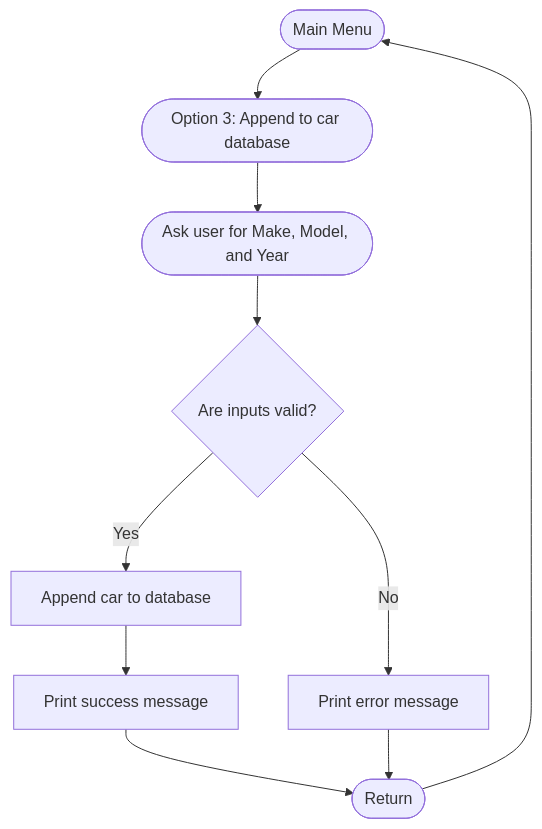
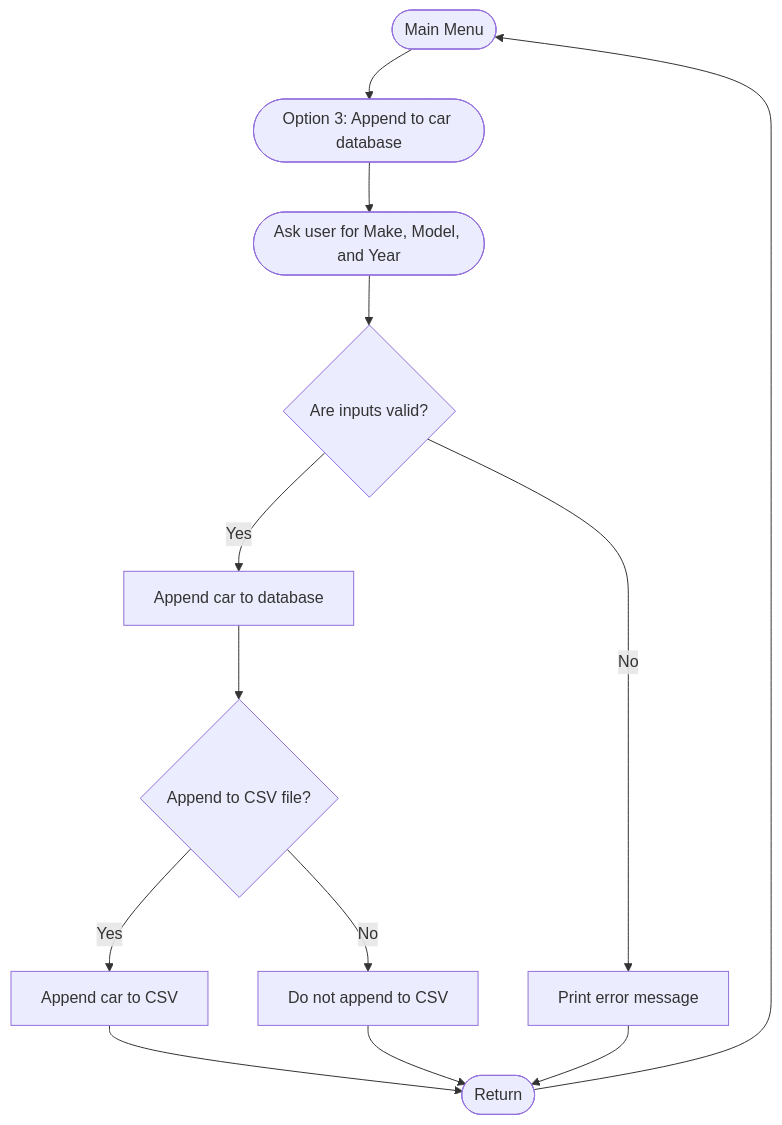
The fourth of 13 diagrams in README.md (Mostofa-Abedin/ShekhMostofaAbedin_T1A3), drawn with Mermaid before and after one commit. The commit also changed other lines of this file and 1 other file, not shown here.

````diff
--- a/README.md
+++ b/README.md
@@ -167,21 +169,27 @@
- ```mermaid
+```mermaid
 graph TD
   A(["Main Menu"])
   B(["Option 3: Append to car database"])
   C(["Ask user for Make, Model, and Year"])
   D{"Are inputs valid?"}
   E["Append car to database"]
-  F["Print success message"]
-  G["Print error message"]
-  H(["Return"])
+  F{"Append to CSV file?"}
+  G1["Append car to CSV"]
+  G2["Do not append to CSV"]
+  H["Print error message"]
+  I(["Return"])
 
   A --> B
   B --> C
   C --> D
   D -->|Yes| E
-  D -->|No| G
+  D -->|No| H
   E --> F
-  F --> H
-  G --> H
-  H --> A
+  F -->|Yes| G1
+  F -->|No| G2
+  G1 --> I
+  G2 --> I
+  H --> I
+  I --> A
+
 ```
````
